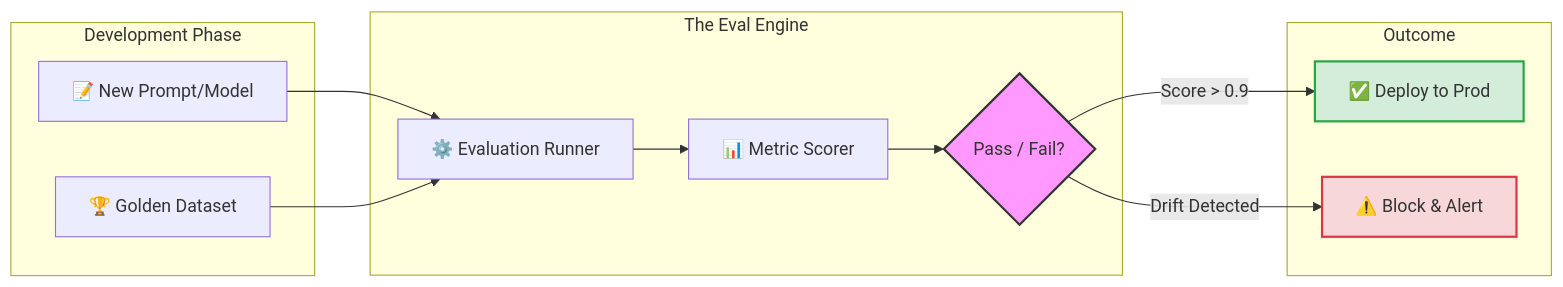
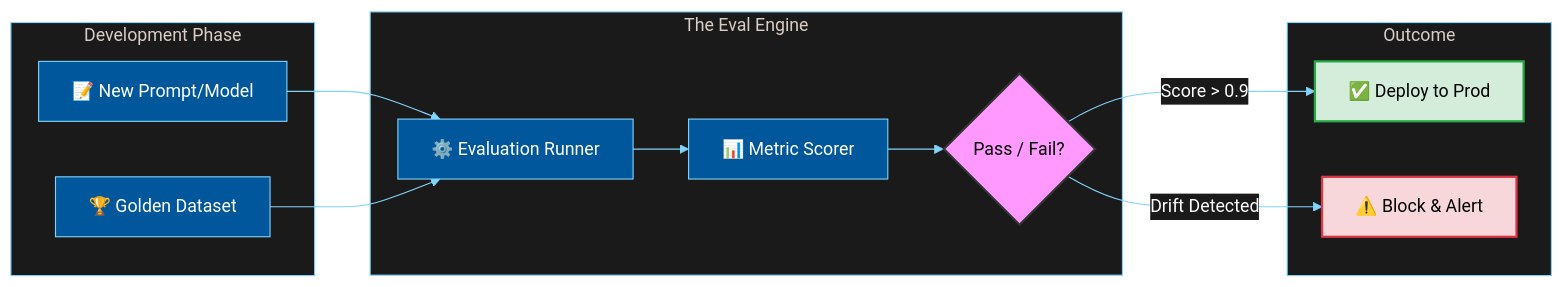
The diagram in README.md (shrikantkashi2510-gif/llm-eval-reliability-platform), drawn with Mermaid before and after one commit.

````diff
--- a/README.md
+++ b/README.md
@@ -61,30 +61,46 @@
 ```mermaid
+%%{init: {
+  'theme': 'base',
+  'themeVariables': {
+    'primaryColor': '#01579b',
+    'primaryTextColor': '#ffffff',
+    'primaryBorderColor': '#81d4fa',
+    'lineColor': '#81d4fa',
+    'secondaryColor': '#003366',
+    'tertiaryColor': '#263238',
+    'clusterBkg': '#1a1a1a',
+    'clusterBorder': '#81d4fa',
+    'edgeLabelBackground':'#1a1a1a',
+    'nodeTextColor': '#ffffff'
+  }
+}}%%
 graph LR
     subgraph "Development Phase"
         Prompt["📝 New Prompt/Model"]
         Golden["🏆 Golden Dataset"]
     end
 
     subgraph "The Eval Engine"
         Run["⚙️ Evaluation Runner"]
         Metric["📊 Metric Scorer"]
-        Check{Pass / Fail?}
+        Check{"Pass / Fail?"}
     end
 
     subgraph "Outcome"
         Gate["✅ Deploy to Prod"]
         Alert["⚠️ Block & Alert"]
     end
 
     %% Flow
     Prompt --> Run
     Golden --> Run
     Run --> Metric
     Metric --> Check
-    Check -->|Score > 0.9| Gate
-    Check -->|Drift Detected| Alert
+    Check -->|"Score > 0.9"| Gate
+    Check -->|"Drift Detected"| Alert
 
-    style Check fill:#f9f,stroke:#333,stroke-width:2px
-    style Gate fill:#d4edda,stroke:#28a745,stroke-width:2px
-    style Alert fill:#f8d7da,stroke:#dc3545,stroke-width:2px
+    %% Specific Styles with BLACK TEXT for visibility
+    style Check fill:#f9f,stroke:#333,stroke-width:2px,color:#000000
+    style Gate fill:#d4edda,stroke:#28a745,stroke-width:2px,color:#000000
+    style Alert fill:#f8d7da,stroke:#dc3545,stroke-width:2px,color:#000000
 ```
````
